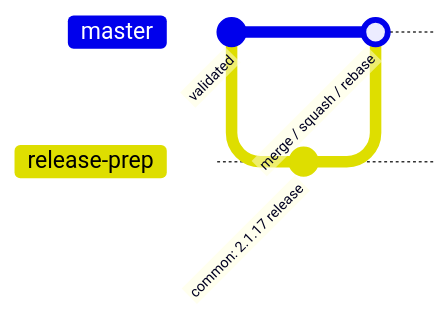
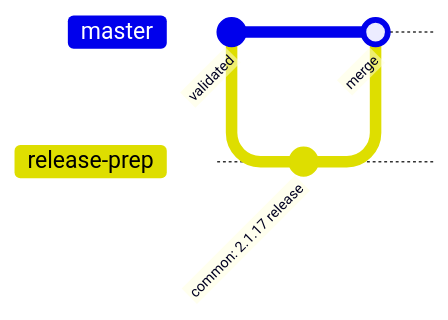
One commit to janekmi/pmdk-daos changed the second of 5 diagrams in RELEASE_PROCEDURE.md. Above: the diagram before and after it, drawn with Mermaid. The commit also changed other lines of this file, not shown here.

Commit message:
common: clean up RELEASE_PROCEDURE.md

````diff
--- a/RELEASE_PROCEDURE.md
+++ b/RELEASE_PROCEDURE.md
@@ -32,10 +38,10 @@
 ```mermaid
 %%{init: { 'gitGraph': {'mainBranchName': 'master'} } }%%
 gitGraph
    commit id: "validated"
    branch release-prep
    checkout release-prep
    commit id: "common: 2.1.17 release"
    checkout master
-   merge release-prep id: "merge / squash / rebase"
+   merge release-prep id: "merge"
 ```
````
